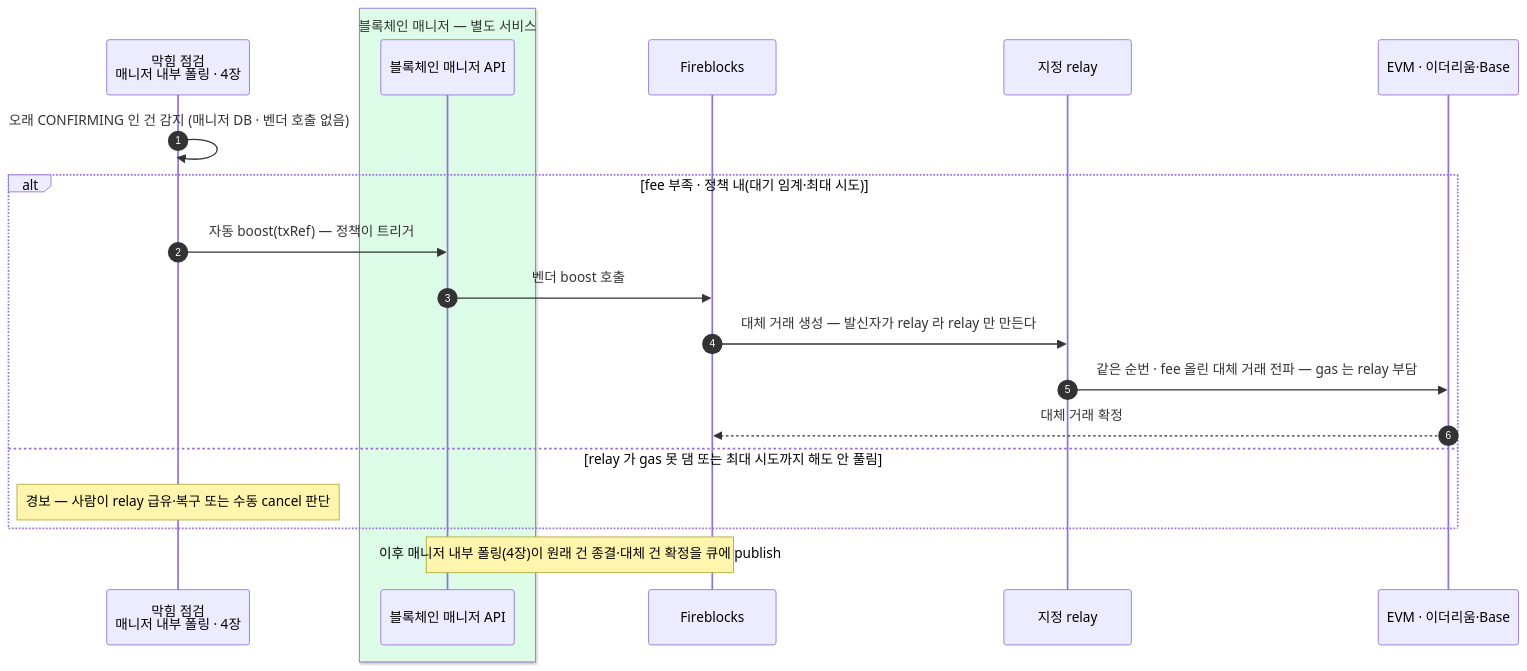
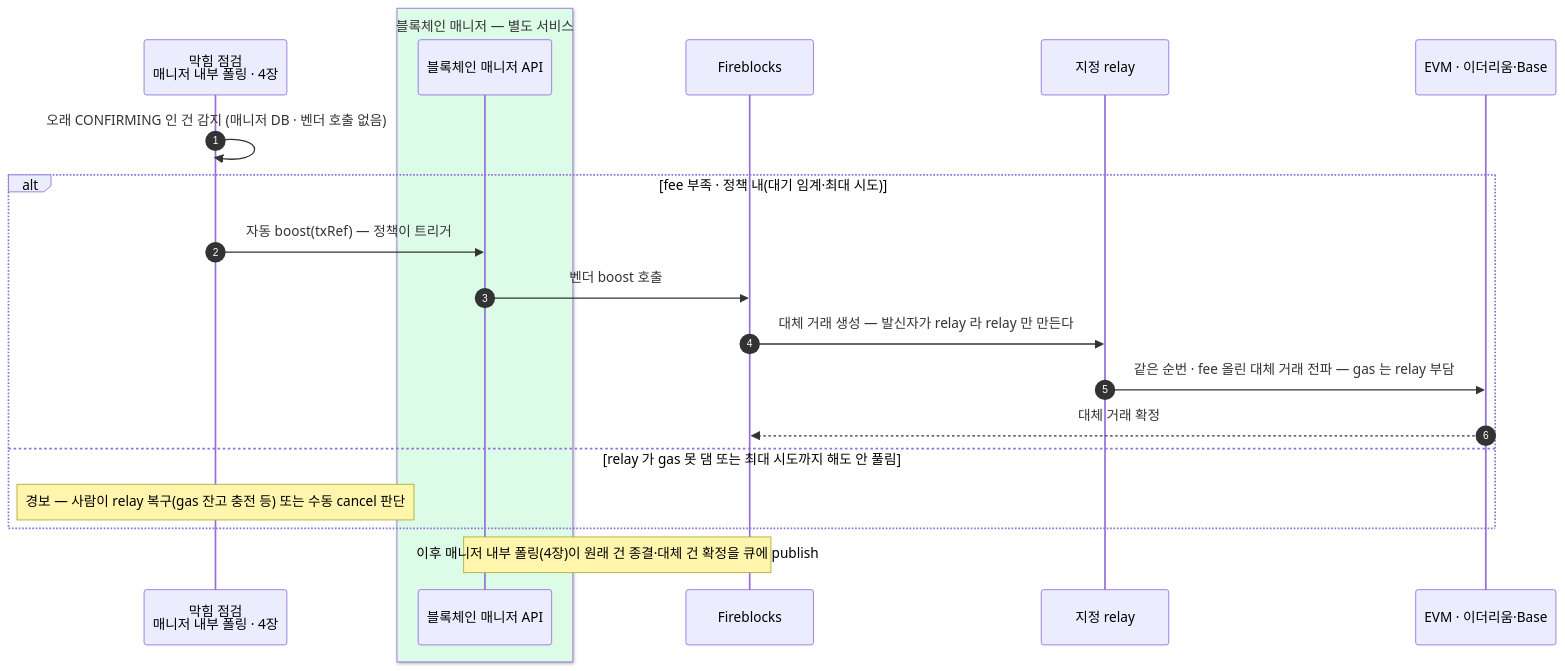
The second of 2 diagrams in blockchain-manager/docs/블록체인매니저/설계/06-withdrawal.md (eunsujeo/eunpus), drawn with Mermaid before and after one commit. The commit also changed other lines of this file and 8 other files, not shown here.

````diff
--- a/blockchain-manager/docs/블록체인매니저/설계/06-withdrawal.md
+++ b/blockchain-manager/docs/블록체인매니저/설계/06-withdrawal.md
@@ -131,23 +131,23 @@
 ```mermaid
 sequenceDiagram
     autonumber
     participant SW as 막힘 점검<br/>매니저 내부 폴링 · 4장
     box rgb(220,252,231) 블록체인 매니저 — 별도 서비스
     participant BM as 블록체인 매니저 API
     end
     participant FB as Fireblocks
     participant RL as 지정 relay
     participant CH as EVM · 이더리움·Base
 
     SW->>SW: 오래 CONFIRMING 인 건 감지 (매니저 DB · 벤더 호출 없음)
     alt fee 부족 · 정책 내(대기 임계·최대 시도)
         SW->>BM: 자동 boost(txRef) — 정책이 트리거
         BM->>FB: 벤더 boost 호출
         FB->>RL: 대체 거래 생성 — 발신자가 relay 라 relay 만 만든다
         RL->>CH: 같은 순번 · fee 올린 대체 거래 전파 — gas 는 relay 부담
         CH-->>FB: 대체 거래 확정
     else relay 가 gas 못 댐 또는 최대 시도까지 해도 안 풀림
-        Note over SW: 경보 — 사람이 relay 급유·복구 또는 수동 cancel 판단
+        Note over SW: 경보 — 사람이 relay 복구(gas 잔고 충전 등) 또는 수동 cancel 판단
     end
     Note over BM,FB: 이후 매니저 내부 폴링(4장)이 원래 건 종결·대체 건 확정을 큐에 publish
 ```
````
